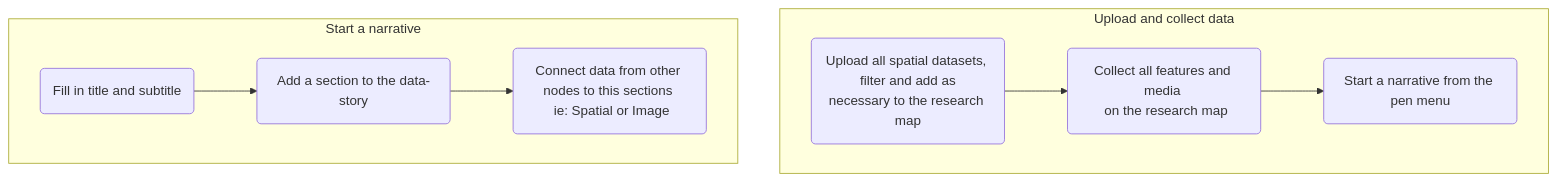
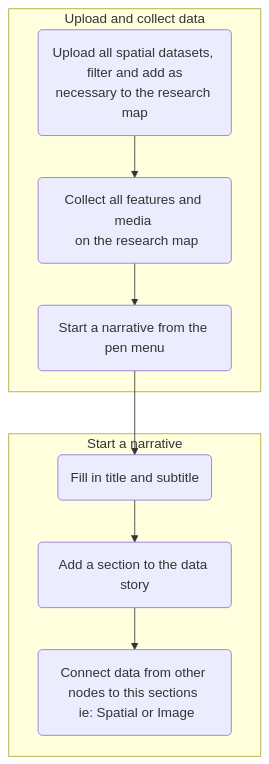
Before and after one commit to rungdung/Research-Narratives: the fourth of 5 diagrams in README.md, drawn with Mermaid. The commit also changed other lines of this file and 6 other files, not shown here.

````diff
--- a/README.md
+++ b/README.md
@@ -50,9 +80,9 @@
 ```mermaid
 graph TD
     subgraph Upload and collect data
     A(Upload all spatial datasets, \n filter and add as necessary to the research map) -->B(Collect all features and media \n on the research map)-->C(Start a narrative from the pen menu)
     end
     subgraph Start a narrative
-    D(Fill in title and subtitle)-->E(Add a section to the data-story)-->F(Connect data from other nodes to this sections \n ie: Spatial or Image)
+    C-->D(Fill in title and subtitle)-->E(Add a section to the data story)-->F(Connect data from other nodes to this sections \n ie: Spatial or Image)
     end
 ```
````
